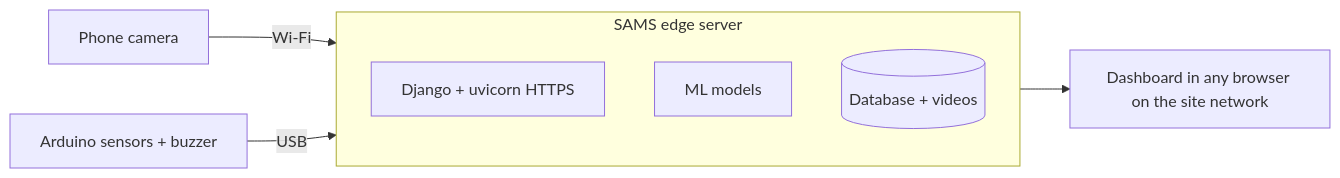
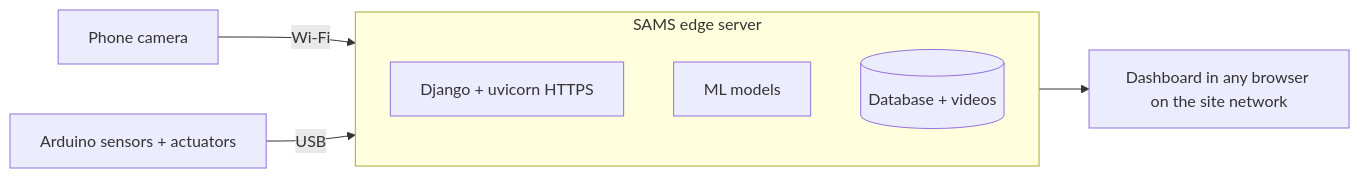
One commit to Bonaparte003/Smart-Accident-System-Monitoring-SAMS- changed the third of 3 diagrams in README.md. Above: the diagram before and after it, drawn with Mermaid. The commit also changed other lines of this file and 4 other files, not shown here.

Commit message:
Tests for the fusion v2 contract; production README with schematic

````diff
--- a/README.md
+++ b/README.md
@@ -644,11 +461,11 @@
 ```mermaid
 flowchart LR
     CAM[Phone camera] -- Wi-Fi --> BOX
-    SENS[Arduino sensors + buzzer] -- USB --> BOX
+    SENS[Arduino sensors + actuators] -- USB --> BOX
     subgraph BOX[SAMS edge server]
         APP[Django + uvicorn HTTPS]
         AI[ML models]
         DB[(Database + videos)]
     end
     BOX --> DASH[Dashboard in any browser on the site network]
 ```
````
